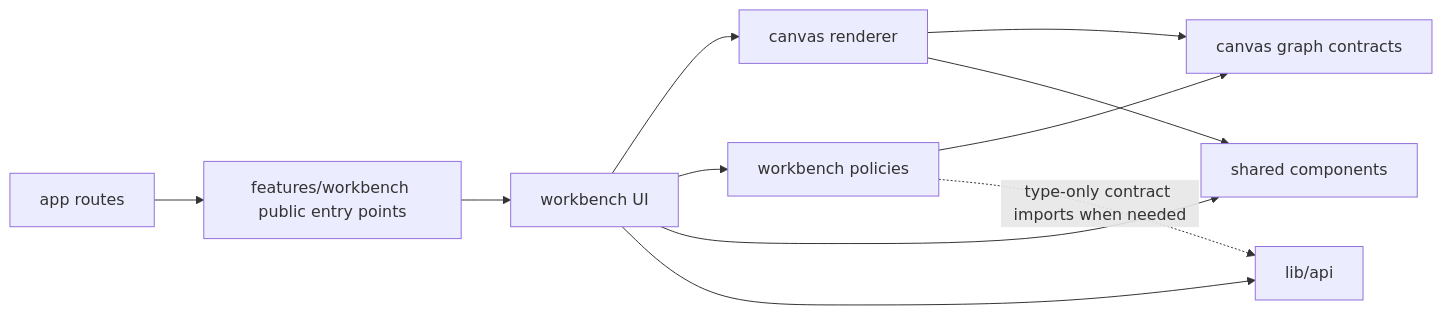
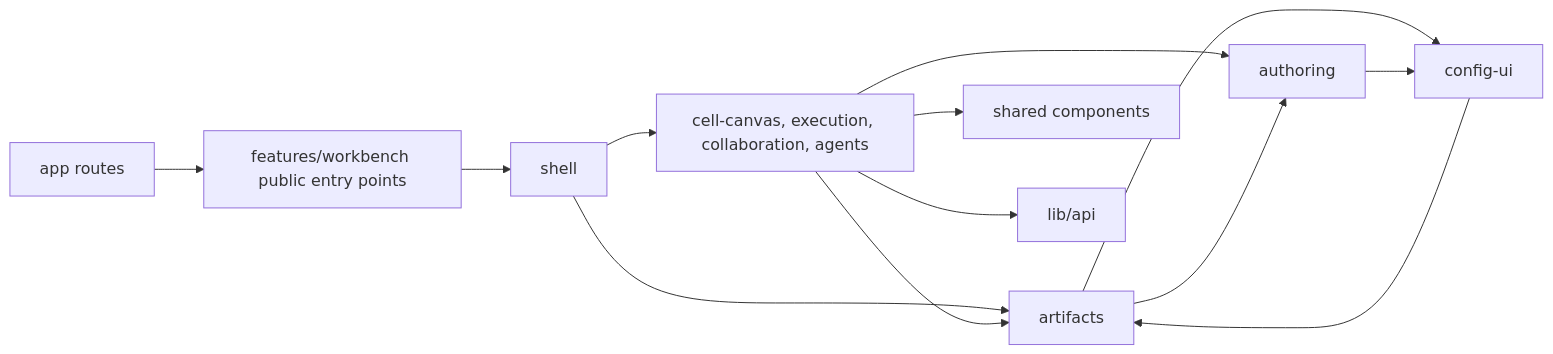
Before and after one commit to artpods56/grafY: the diagram in docs/adr/0001-workbench-feature-architecture.md, drawn with Mermaid. The commit also changed other lines of this file and 377 other files, not shown here.

````diff
--- a/docs/adr/0001-workbench-feature-architecture.md
+++ b/docs/adr/0001-workbench-feature-architecture.md
@@ -52,13 +58,15 @@
 ```mermaid
 flowchart LR
     App["app routes"] --> Public["features/workbench public entry points"]
-    Public --> UI["workbench UI"]
-    UI --> Renderer["canvas renderer"]
-    UI --> Model["workbench policies"]
-    Model --> Graph["canvas graph contracts"]
-    Renderer --> Graph
-    UI --> Shared["shared components"]
-    Renderer --> Shared
-    UI --> API["lib/api"]
-    Model -. "type-only contract imports when needed" .-> API
+    Public --> Shell["shell"]
+    Shell --> Slices["cell-canvas, execution, collaboration, agents"]
+    Shell --> Artifacts["artifacts"]
+    Slices --> Artifacts
+    Slices --> Authoring["authoring"]
+    Artifacts --> Authoring
+    Artifacts --> Config["config-ui"]
+    Authoring --> Config
+    Config --> Artifacts
+    Slices --> Shared["shared components"]
+    Slices --> API["lib/api"]
 ```
````
